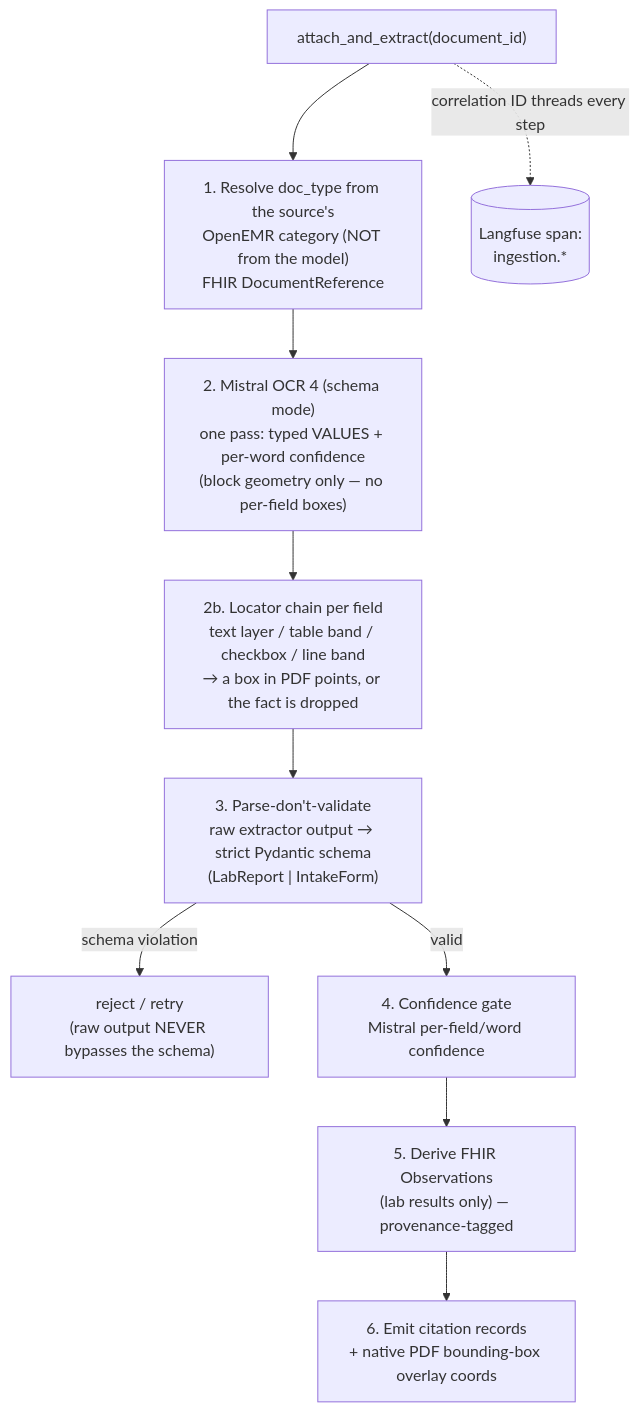
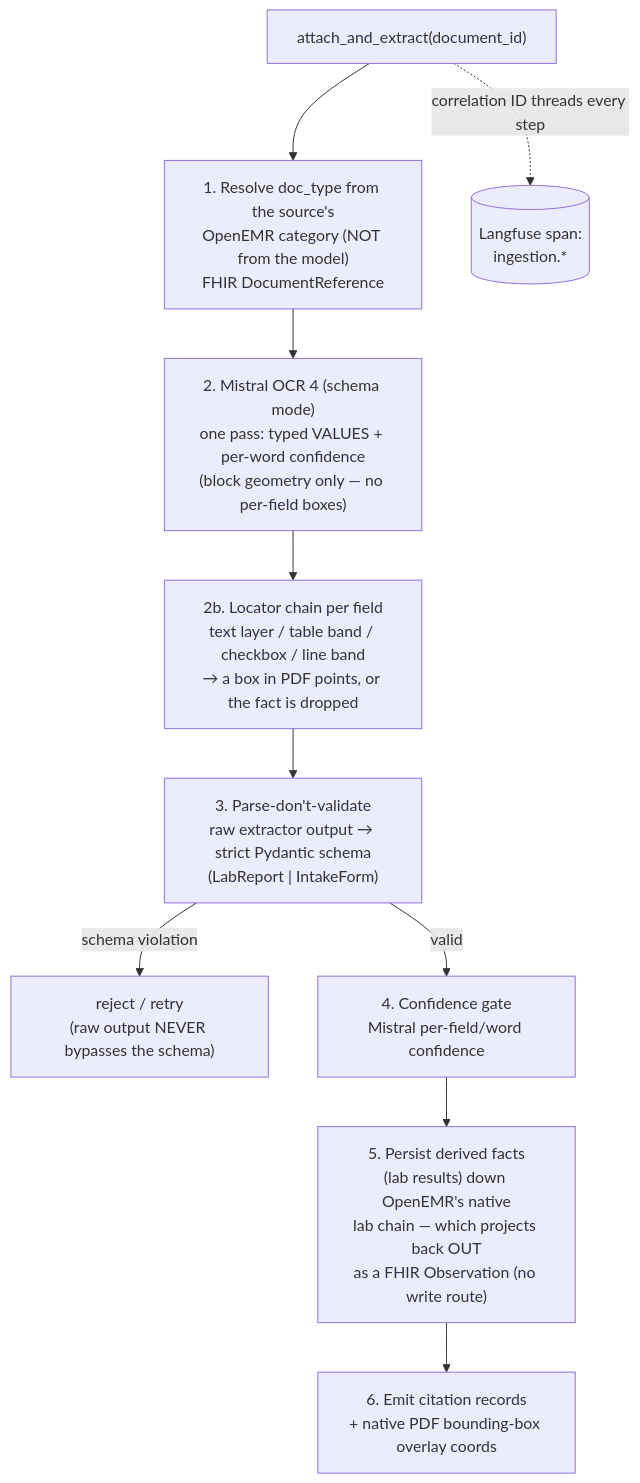
Before and after one commit to Josie29/openemr: the first of 3 diagrams in W2_ARCHITECTURE.md, drawn with Mermaid. The commit also changed other lines of this file, not shown here.

First line of the commit message:
docs(architecture): correct three false write-back claims (JOS-81)

````diff
--- a/W2_ARCHITECTURE.md
+++ b/W2_ARCHITECTURE.md
@@ -185,12 +186,12 @@
 ```mermaid
 flowchart TB
     up["attach_and_extract(document_id)"] --> store["1. Resolve doc_type from the source's\nOpenEMR category (NOT from the model)\nFHIR DocumentReference"]
     store --> ext["2. Mistral OCR 4 (schema mode)\none pass: typed VALUES + per-word confidence\n(block geometry only — no per-field boxes)"]
     ext --> locate["2b. Locator chain per field\ntext layer / table band / checkbox / line band\n→ a box in PDF points, or the fact is dropped"]
     locate --> parse["3. Parse-don't-validate\nraw extractor output → strict Pydantic schema\n(LabReport | IntakeForm)"]
     parse -->|schema violation| retry["reject / retry\n(raw output NEVER bypasses the schema)"]
     parse -->|valid| conf["4. Confidence gate\nMistral per-field/word confidence"]
-    conf --> derive["5. Derive FHIR Observations\n(lab results only) — provenance-tagged"]
+    conf --> derive["5. Persist derived facts\n(lab results) down OpenEMR's native\nlab chain — which projects back OUT\nas a FHIR Observation (no write route)"]
     derive --> cite["6. Emit citation records\n+ native PDF bounding-box overlay coords"]
     up -.->|correlation ID threads every step| obs[("Langfuse span:\ningestion.*")]
 ```
````
